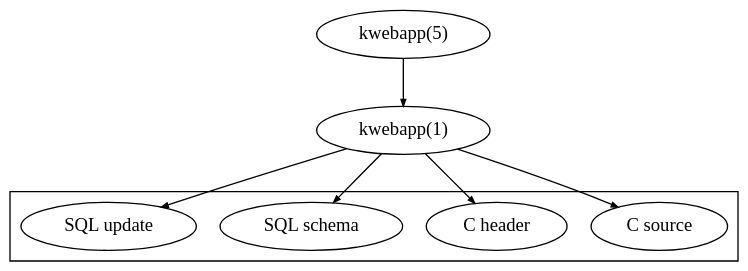
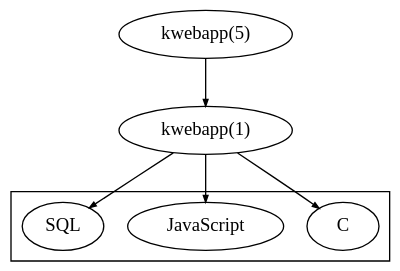
Before and after one commit to kristapsdz/openradtool: the diagram in index.dot, drawn with Graphviz. The commit also changed 3 other files, not shown here.

```diff
--- a/index.dot
+++ b/index.dot
@@ -1,19 +1,17 @@
 digraph {
 	edge [arrowsize="0.5";];
 	bgcolor="transparent";
 
 	cfg[label="kwebapp(5)"];
 	bin[label="kwebapp(1)"];
 
 	subgraph cluster0 {
-		src[label="C source"];
-		head[label="C header"];
-		sql[label="SQL schema"];
-		update[label="SQL update"];
+		src[label="C"];
+		js[label="JavaScript"];
+		sql[label="SQL"];
 	}
 	cfg -> bin;
 	bin -> src;
-	bin -> head;
+	bin -> js;
 	bin -> sql;
-	bin -> update;
 }
```
